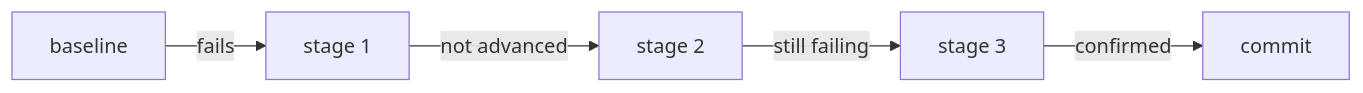
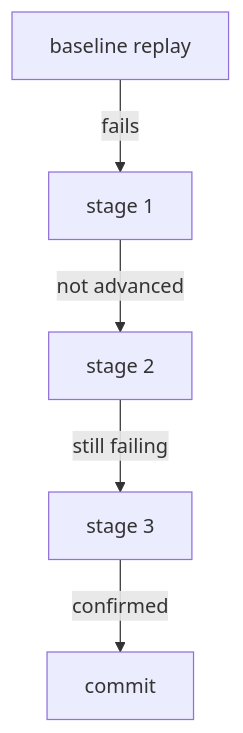
Before and after one commit to kotarotsubaki/ambercast: the diagram in website/src/content/docs/ja/explanation/healing-model.md, drawn with Mermaid. The commit also changed 4 other files, not shown here.

First line of the commit message:
docs(website): switch healing-model diagram to a vertical flow (#568)

````diff
--- a/website/src/content/docs/ja/explanation/healing-model.md
+++ b/website/src/content/docs/ja/explanation/healing-model.md
@@ -24,7 +24,7 @@
 ```mermaid alt="ベースラインリプレイが失敗すると段階1のgrounding修復を試み、frontierが前進しなければ段階2のsingle-step/tail修復へ進む。失敗が残り期限前なら段階3のplan全体修復に至る。書き込みは確認の後だけ行われる。"
-flowchart LR
-  B[baseline] -->|fails| S1[stage 1]
+flowchart TD
+  B[baseline replay] -->|fails| S1[stage 1]
   S1 -->|not advanced| S2[stage 2]
   S2 -->|still failing| S3[stage 3]
   S3 -->|confirmed| C[commit]
 ```
````
